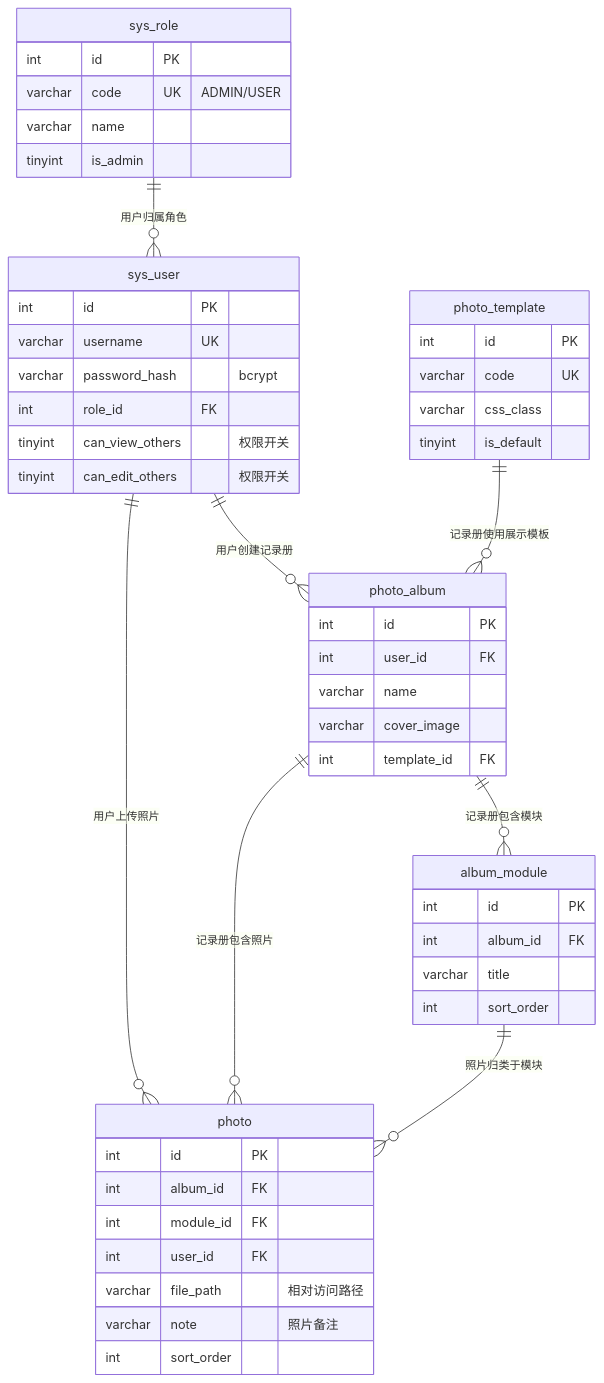
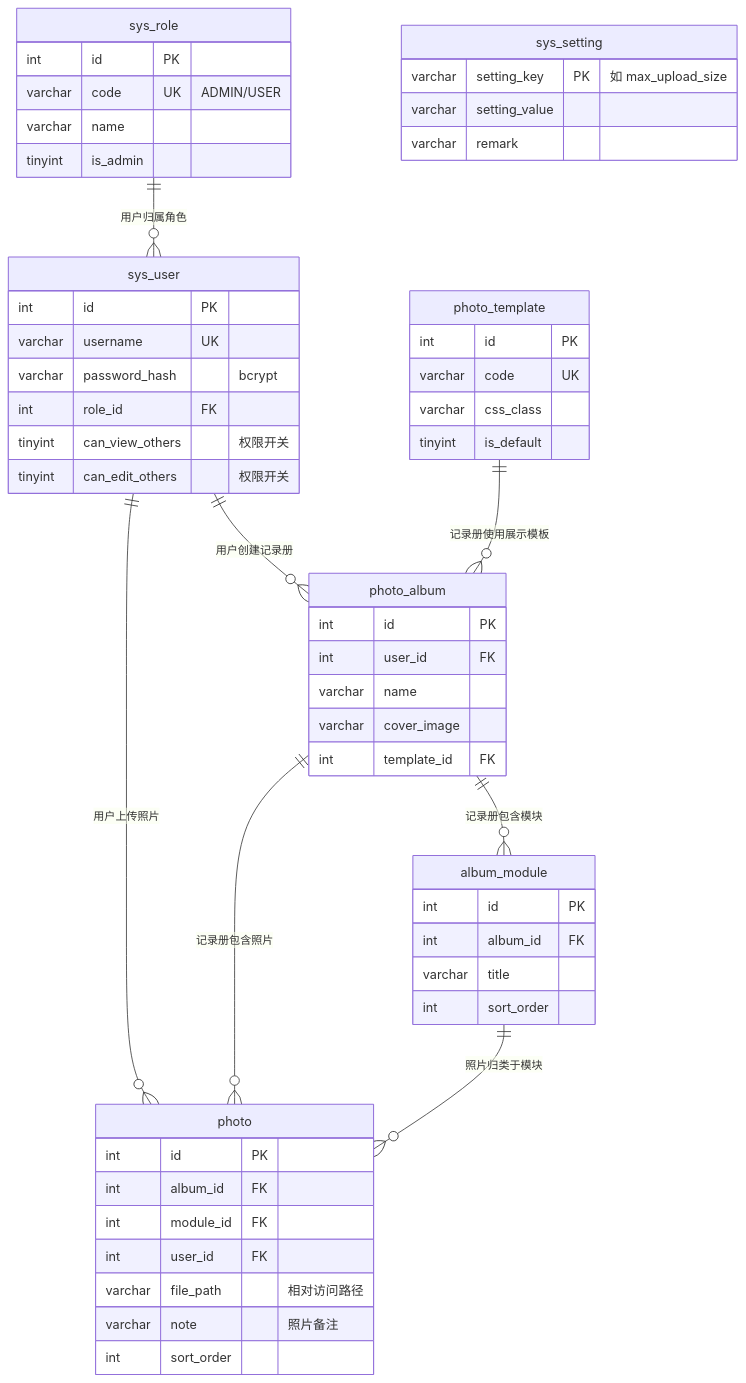
The diagram in docs/database.md (mowen210/boke), drawn with Mermaid before and after one commit. The commit also changed other lines of this file and 1 other file, not shown here.

Commit message:
docs: database.sql/database.md 补充 sys_setting 表结构与种子

````diff
--- a/docs/database.md
+++ b/docs/database.md
@@ -5,53 +5,58 @@
 ```mermaid
 erDiagram
     sys_role         ||--o{ sys_user      : "用户归属角色"
     sys_user         ||--o{ photo_album   : "用户创建记录册"
     photo_album      ||--o{ album_module  : "记录册包含模块"
     photo_album      ||--o{ photo         : "记录册包含照片"
     album_module     ||--o{ photo         : "照片归类于模块"
     sys_user         ||--o{ photo         : "用户上传照片"
     photo_template   ||--o{ photo_album   : "记录册使用展示模板"
 
     sys_role {
         int id PK
         varchar code UK "ADMIN/USER"
         varchar name
         tinyint is_admin
     }
     sys_user {
         int id PK
         varchar username UK
         varchar password_hash "bcrypt"
         int role_id FK
         tinyint can_view_others "权限开关"
         tinyint can_edit_others "权限开关"
     }
     photo_album {
         int id PK
         int user_id FK
         varchar name
         varchar cover_image
         int template_id FK
     }
     album_module {
         int id PK
         int album_id FK
         varchar title
         int sort_order
     }
     photo {
         int id PK
         int album_id FK
         int module_id FK
         int user_id FK
         varchar file_path "相对访问路径"
         varchar note "照片备注"
         int sort_order
     }
     photo_template {
         int id PK
         varchar code UK
         varchar css_class
         tinyint is_default
     }
+    sys_setting {
+        varchar setting_key PK "如 max_upload_size"
+        varchar setting_value
+        varchar remark
+    }
 ```
````
